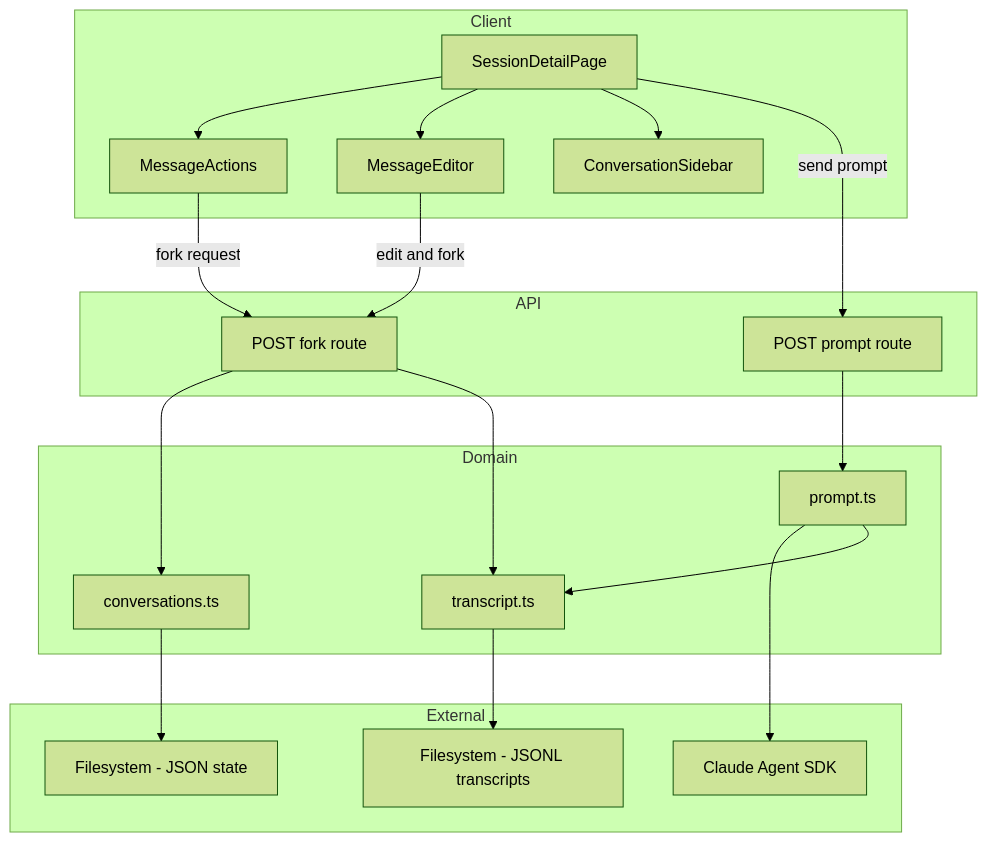
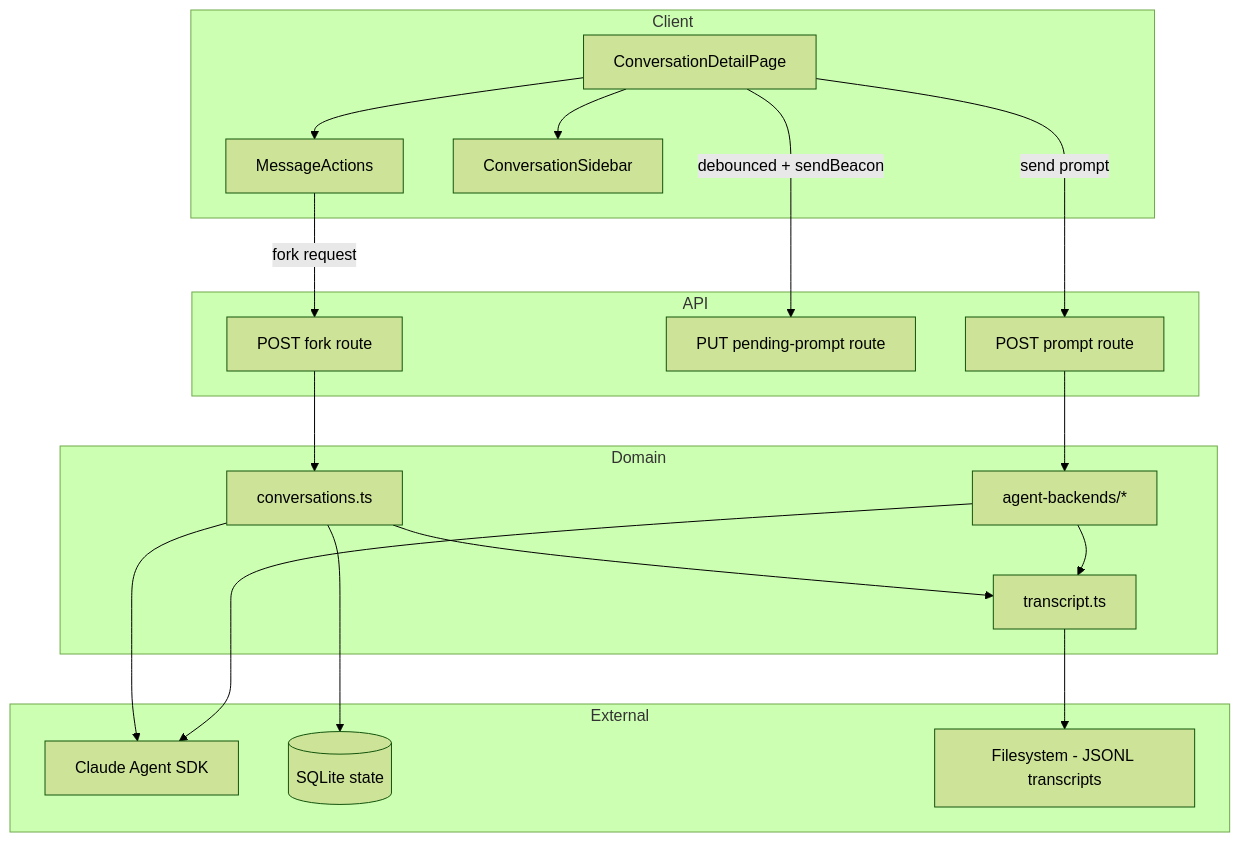
The first of 3 diagrams in .kiro/specs/conversation-forking/design.md (amhuppert/remote-ai-manager), drawn with Mermaid (forest theme) before and after one commit. The commit also changed other lines of this file and 58 other files, not shown here.

````diff
--- a/.kiro/specs/conversation-forking/design.md
+++ b/.kiro/specs/conversation-forking/design.md
@@ -39,42 +40,42 @@
 ```mermaid
 graph TB
     subgraph Client
-        SDP[SessionDetailPage]
+        CDP[ConversationDetailPage]
         MA[MessageActions]
-        ME[MessageEditor]
         CS[ConversationSidebar]
     end
 
     subgraph API
         ForkRoute[POST fork route]
+        PendingPromptRoute[PUT pending-prompt route]
         PromptRoute[POST prompt route]
     end
 
     subgraph Domain
         Conv[conversations.ts]
         Trans[transcript.ts]
-        Prompt[prompt.ts]
+        AgentBackend[agent-backends/*]
     end
 
     subgraph External
         SDK[Claude Agent SDK]
-        FS[Filesystem - JSON state]
+        DB[(SQLite state)]
         JSONL[Filesystem - JSONL transcripts]
     end
 
-    SDP --> MA
-    SDP --> ME
-    SDP --> CS
+    CDP --> MA
+    CDP --> CS
     MA -->|fork request| ForkRoute
-    ME -->|edit and fork| ForkRoute
-    SDP -->|send prompt| PromptRoute
+    CDP -->|debounced + sendBeacon| PendingPromptRoute
+    CDP -->|send prompt| PromptRoute
 
     ForkRoute --> Conv
-    ForkRoute --> Trans
-    PromptRoute --> Prompt
+    Conv --> Trans
+    Conv --> SDK
+    PromptRoute --> AgentBackend
 
-    Conv --> FS
+    Conv --> DB
     Trans --> JSONL
-    Prompt --> SDK
-    Prompt --> Trans
+    AgentBackend --> SDK
+    AgentBackend --> Trans
 ```
````
